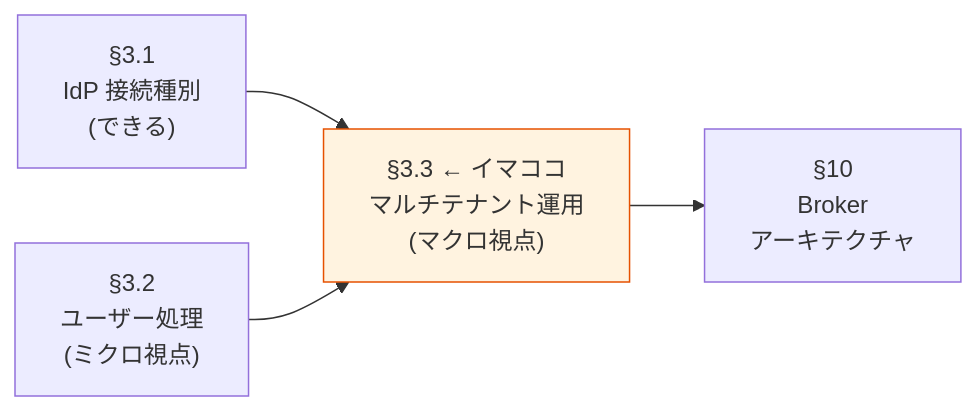
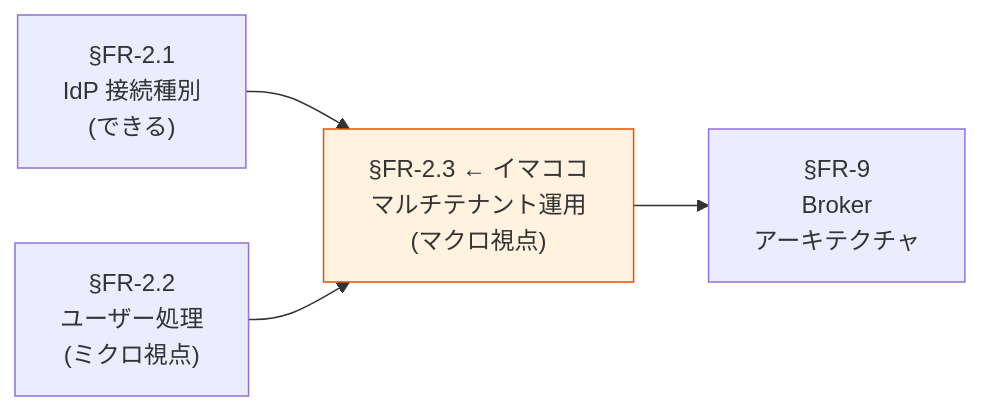
The first of 5 diagrams in doc/requirements/proposal/fr/02-federation.md (suepie/aws-atuh-poc), drawn with Mermaid before and after one commit. The commit also changed other lines of this file and 30 other files, not shown here.

````diff
--- a/doc/requirements/proposal/fr/02-federation.md
+++ b/doc/requirements/proposal/fr/02-federation.md
@@ -350,13 +350,13 @@
 ```mermaid
 flowchart LR
-    S31["§3.1<br/>IdP 接続種別<br/>(できる)"]
-    S32["§3.2<br/>ユーザー処理<br/>(ミクロ視点)"]
-    S33["§3.3 ← イマココ<br/>マルチテナント運用<br/>(マクロ視点)"]
-    S10["§10<br/>Broker<br/>アーキテクチャ"]
+    S31["§FR-2.1<br/>IdP 接続種別<br/>(できる)"]
+    S32["§FR-2.2<br/>ユーザー処理<br/>(ミクロ視点)"]
+    S33["§FR-2.3 ← イマココ<br/>マルチテナント運用<br/>(マクロ視点)"]
+    S10["§FR-9<br/>Broker<br/>アーキテクチャ"]
 
     S31 --> S33
     S32 --> S33
     S33 --> S10
 
     style S33 fill:#fff3e0,stroke:#e65100
 ```
````
